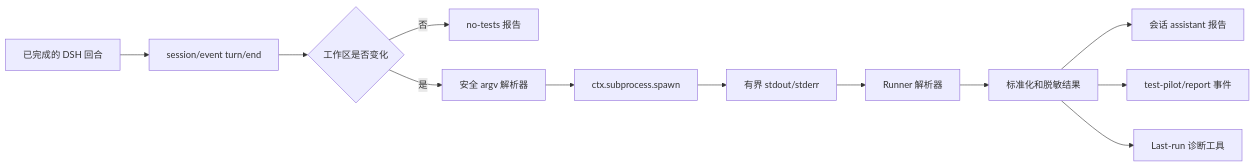
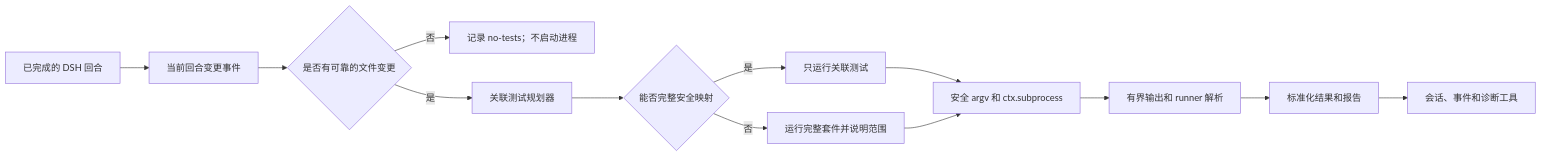
One commit to GooDAnDReaDY/dsh-test-pilot changed the diagram in README.zh.md. Above: the diagram before and after it, drawn with Mermaid. The commit also changed other lines of this file and 22 other files, not shown here.

First line of the commit message:
feat(test-pilot): target tests for changed files

```diff
--- a/README.zh.md
+++ b/README.zh.md
@@ -50,14 +51,15 @@
 ~~~mermaid
 graph LR
-  A[已完成的 DSH 回合] --> B[session/event turn/end]
-  B --> C{工作区是否变化}
-  C -- 否 --> D[no-tests 报告]
-  C -- 是 --> E[安全 argv 解析器]
-  E --> F[ctx.subprocess.spawn]
-  F --> G[有界 stdout/stderr]
-  G --> H[Runner 解析器]
-  H --> I[标准化和脱敏结果]
-  I --> J[会话 assistant 报告]
-  I --> K[test-pilot/report 事件]
-  I --> L[Last-run 诊断工具]
+  A[已完成的 DSH 回合] --> B[当前回合变更事件]
+  B --> C{是否有可靠的文件变更}
+  C -- 否 --> D[记录 no-tests；不启动进程]
+  C -- 是 --> E[关联测试规划器]
+  E --> F{能否完整安全映射}
+  F -- 是 --> G[只运行关联测试]
+  F -- 否 --> H[运行完整套件并说明范围]
+  G --> I[安全 argv 和 ctx.subprocess]
+  H --> I
+  I --> J[有界输出和 runner 解析]
+  J --> K[标准化结果和报告]
+  K --> L[会话、事件和诊断工具]
 ~~~
```
